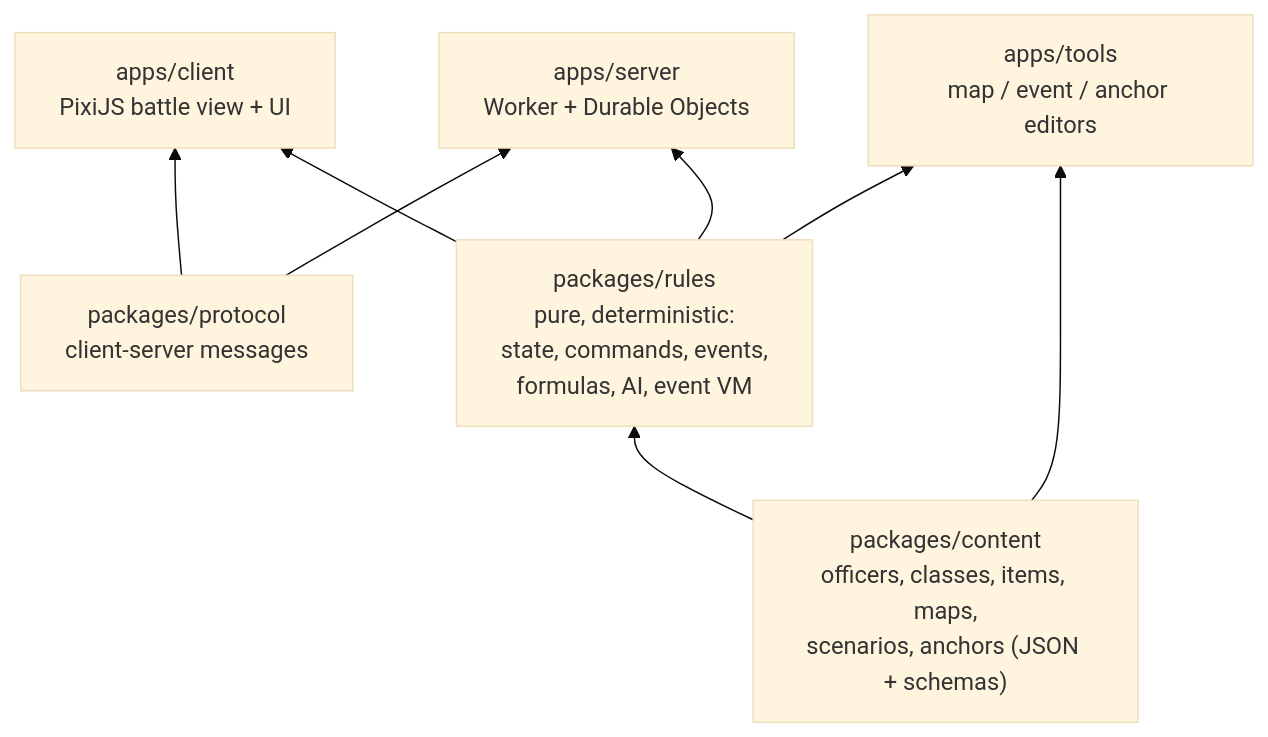
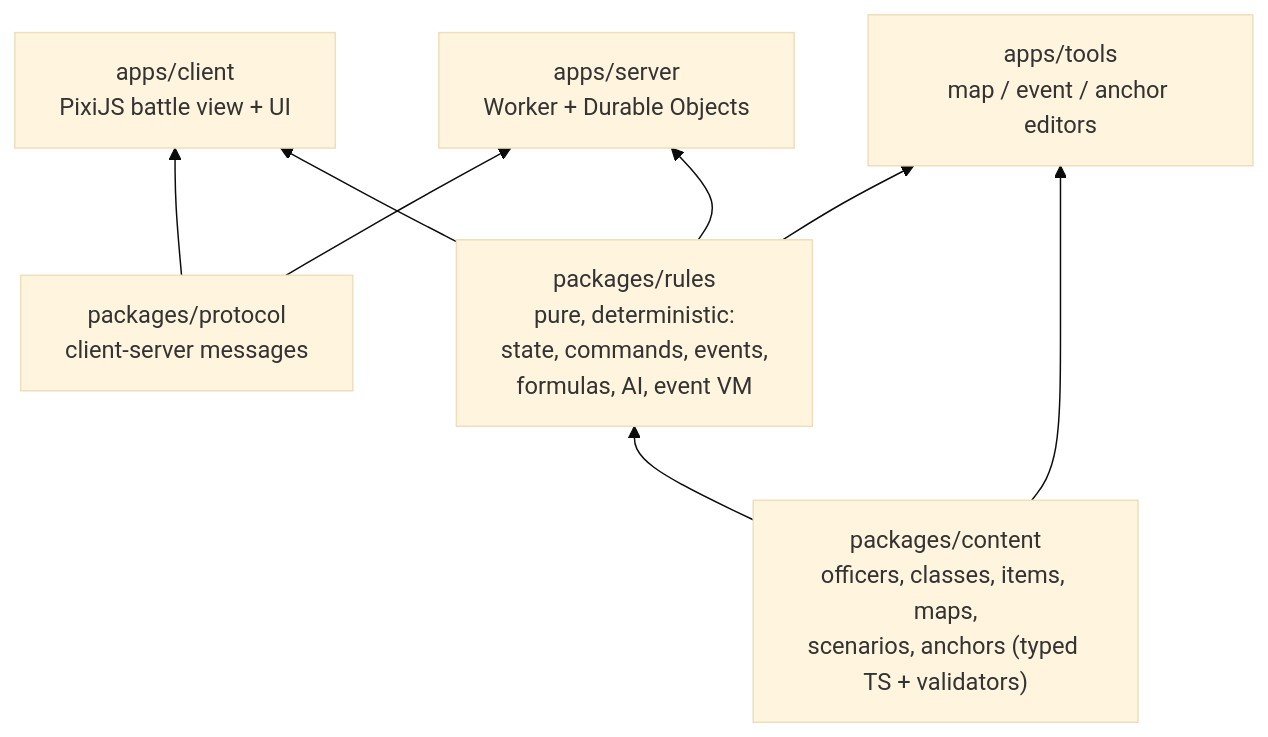
Before and after one commit to dudueul/caocao: the second of 7 diagrams in docs/remake/ARCHITECTURE.md, drawn with Mermaid (base theme). The commit also changed other lines of this file and 26 other files, not shown here.

First line of the commit message:
Content: P0 ruleset, officers and the Wuchao sandbox (ADR 0032)

````diff
--- a/docs/remake/ARCHITECTURE.md
+++ b/docs/remake/ARCHITECTURE.md
@@ -58,16 +59,16 @@
 ```mermaid
 flowchart BT
   rules["packages/rules<br/>pure, deterministic:<br/>state, commands, events,<br/>formulas, AI, event VM"]
-  content["packages/content<br/>officers, classes, items, maps,<br/>scenarios, anchors (JSON + schemas)"]
+  content["packages/content<br/>officers, classes, items, maps,<br/>scenarios, anchors (typed TS + validators)"]
   protocol["packages/protocol<br/>client-server messages"]
   client["apps/client<br/>PixiJS battle view + UI"]
   server["apps/server<br/>Worker + Durable Objects"]
   tools["apps/tools<br/>map / event / anchor editors"]
   content --> rules
   rules --> client
   rules --> server
   protocol --> client
   protocol --> server
   content --> tools
   rules --> tools
 ```
````
